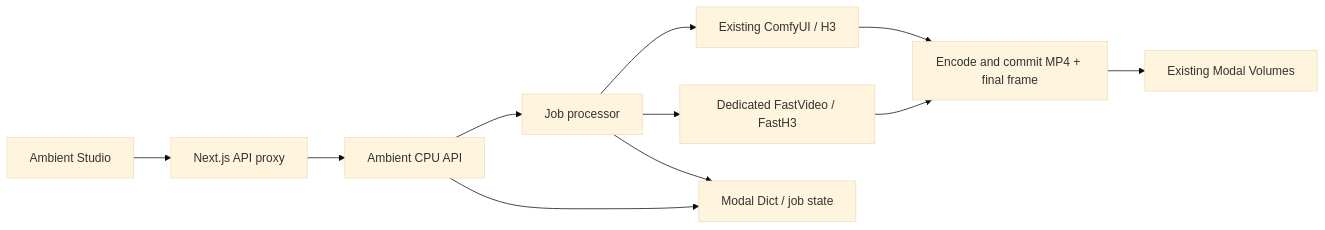
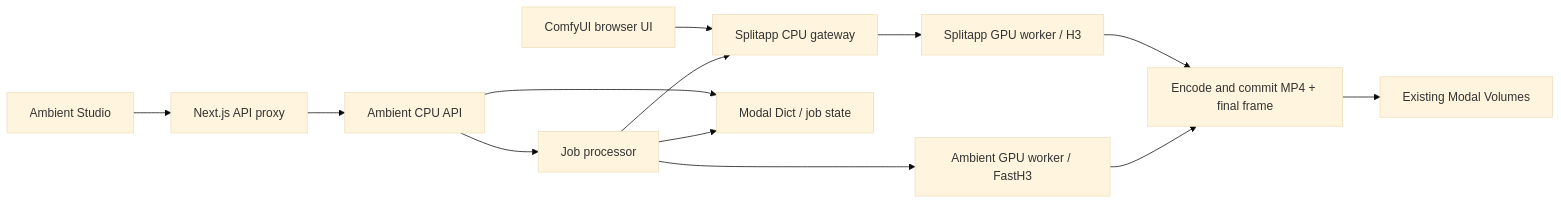
Before and after one commit to hndrr/modal-comfyui-deploy: the diagram in docs/ambient.md, drawn with Mermaid (base theme). The commit also changed other lines of this file and 12 other files, not shown here.

Commit message:
feat: route Ambient H3 through the split CPU gateway

````diff
--- a/docs/ambient.md
+++ b/docs/ambient.md
@@ -11,13 +11,15 @@
 ```mermaid
 flowchart LR
     Studio[Ambient Studio] --> Proxy[Next.js API proxy]
     Proxy --> API[Ambient CPU API]
     API --> Processor[Job processor]
-    Processor --> H3[Existing ComfyUI / H3]
-    Processor --> Fast[Dedicated FastVideo / FastH3]
+    ComfyUI[ComfyUI browser UI] --> Gateway[Splitapp CPU gateway]
+    Processor --> Gateway
+    Gateway --> H3[Splitapp GPU worker / H3]
+    Processor --> Fast[Ambient GPU worker / FastH3]
     H3 --> Storage[Encode and commit MP4 + final frame]
     Fast --> Storage
     Storage --> Volumes[Existing Modal Volumes]
     API --> Dict[Modal Dict / job state]
     Processor --> Dict
 ```
````
